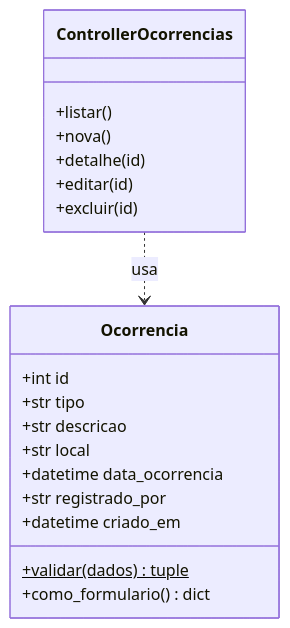
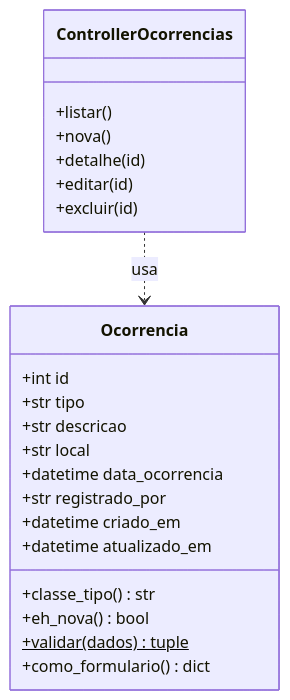
Before and after one commit to guilhermeramos0603/alerta-vizinhos: the second of 4 diagrams in docs/situacao-1/03-uml.md, drawn with Mermaid. The commit also changed other lines of this file and 12 other files, not shown here.

````diff
--- a/docs/situacao-1/03-uml.md
+++ b/docs/situacao-1/03-uml.md
@@ -39,22 +44,25 @@
 ```mermaid
 classDiagram
     class Ocorrencia {
         +int id
         +str tipo
         +str descricao
         +str local
         +datetime data_ocorrencia
         +str registrado_por
         +datetime criado_em
+        +datetime atualizado_em
+        +classe_tipo() str
+        +eh_nova() bool
         +validar(dados) tuple$
         +como_formulario() dict
     }
     class ControllerOcorrencias {
         +listar()
         +nova()
         +detalhe(id)
         +editar(id)
         +excluir(id)
     }
     ControllerOcorrencias ..> Ocorrencia : usa
 ```
````
